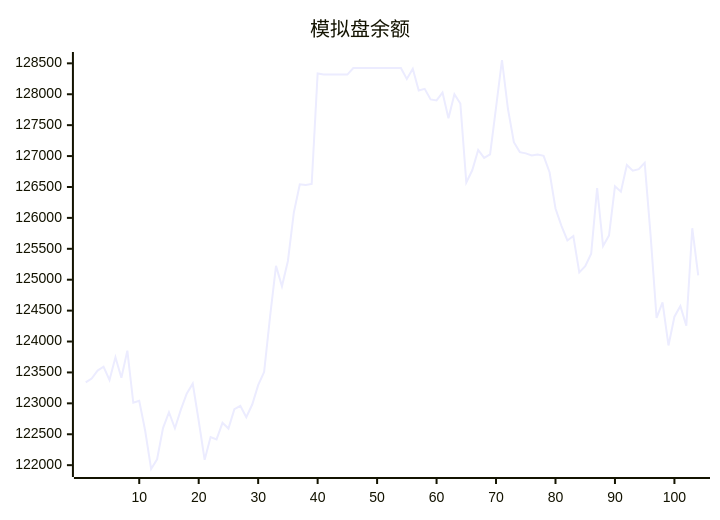
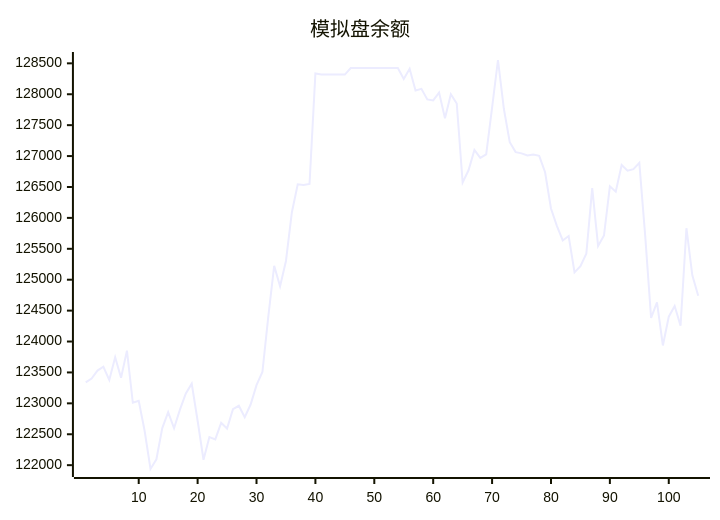
One commit to aahl/ai-trading changed the diagram in README.md. Above: the diagram before and after it, drawn with Mermaid. The commit also changed other lines of this file and 1 other file, not shown here.

````diff
--- a/README.md
+++ b/README.md
@@ -5,5 +5,5 @@
 ```mermaid
 xychart
     title "模拟盘余额"
-    line [123338,123402,123530,123592,123378,123745,123413,123853,123009,123040,122557,121938,122095,122599,122856,122597,122898,123160,123319,122719,122087,122454,122416,122685,122592,122907,122961,122776,122981,123295,123507,124403,125224,124894,125303,126088,126544,126534,126549,128335,128318,128318,128318,128318,128318,128424,128424,128424,128424,128424,128424,128424,128424,128424,128247,128412,128062,128087,127917,127901,128026,127611,128000,127850,126572,126770,127100,126971,127029,127783,128554,127765,127224,127064,127044,127009,127025,127004,126738,126152,125871,125635,125707,125117,125217,125420,126480,125545,125715,126511,126424,126856,126764,126788,126890,125710,124381,124632,123936,124402,124574,124256,125833,125070]
+    line [123338,123402,123530,123592,123378,123745,123413,123853,123009,123040,122557,121938,122095,122599,122856,122597,122898,123160,123319,122719,122087,122454,122416,122685,122592,122907,122961,122776,122981,123295,123507,124403,125224,124894,125303,126088,126544,126534,126549,128335,128318,128318,128318,128318,128318,128424,128424,128424,128424,128424,128424,128424,128424,128424,128247,128412,128062,128087,127917,127901,128026,127611,128000,127850,126572,126770,127100,126971,127029,127783,128554,127765,127224,127064,127044,127009,127025,127004,126738,126152,125871,125635,125707,125117,125217,125420,126480,125545,125715,126511,126424,126856,126764,126788,126890,125710,124381,124632,123936,124402,124574,124256,125833,125070,124739]
 ```
````
